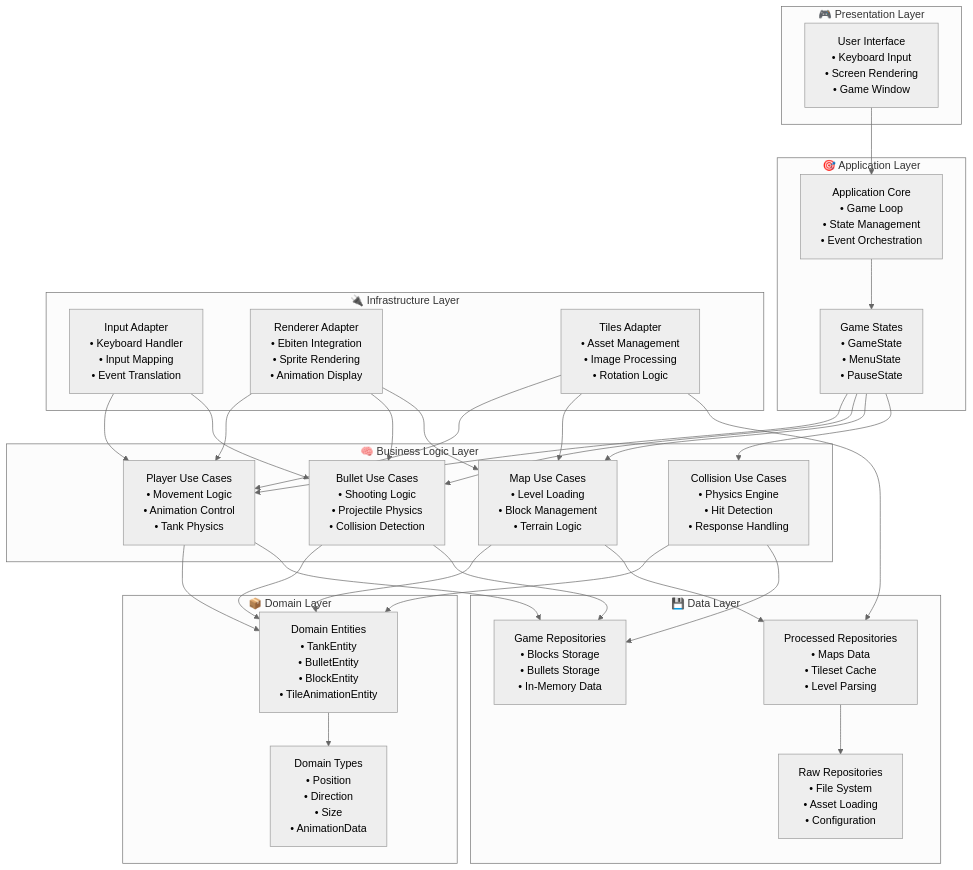
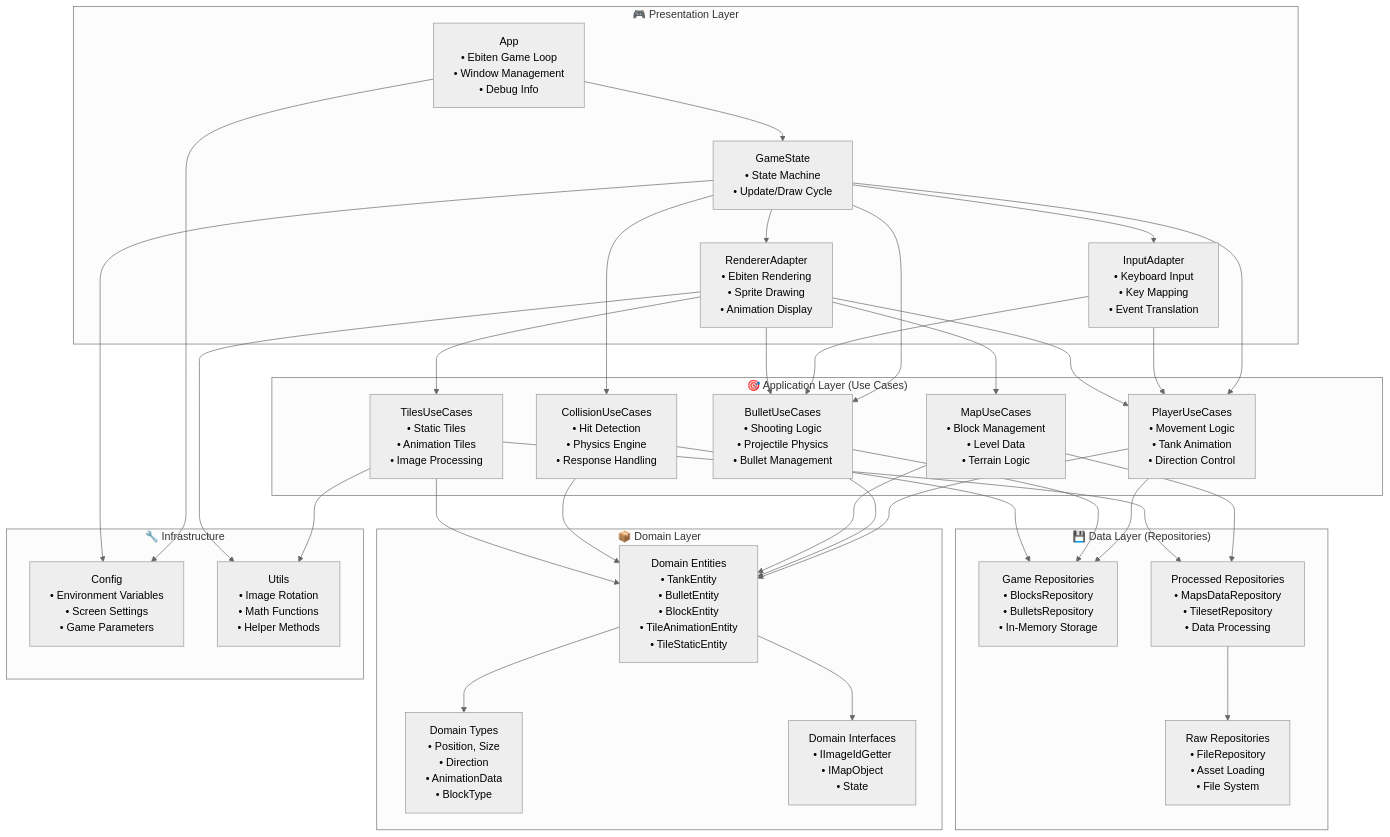
One commit to shpaker/tnk9x changed the diagram in README.md. Above: the diagram before and after it, drawn with Mermaid (neutral theme). The commit also changed 14 other files, not shown here.

````diff
--- a/README.md
+++ b/README.md
@@ -98,66 +98,76 @@
 ```mermaid
 graph TB
     subgraph "🎮 Presentation Layer"
-        UI[User Interface<br/>• Keyboard Input<br/>• Screen Rendering<br/>• Game Window]
+        App[App<br/>• Ebiten Game Loop<br/>• Window Management<br/>• Debug Info]
+        GameState[GameState<br/>• State Machine<br/>• Update/Draw Cycle]
+        InputAdapter[InputAdapter<br/>• Keyboard Input<br/>• Key Mapping<br/>• Event Translation]
+        RenderAdapter[RendererAdapter<br/>• Ebiten Rendering<br/>• Sprite Drawing<br/>• Animation Display]
     end
     
-    subgraph "🎯 Application Layer"
-        App[Application Core<br/>• Game Loop<br/>• State Management<br/>• Event Orchestration]
-        States[Game States<br/>• GameState<br/>• MenuState<br/>• PauseState]
-    end
-    
-    subgraph "🧠 Business Logic Layer"
-        PlayerUC[Player Use Cases<br/>• Movement Logic<br/>• Animation Control<br/>• Tank Physics]
-        BulletUC[Bullet Use Cases<br/>• Shooting Logic<br/>• Projectile Physics<br/>• Collision Detection]
-        MapUC[Map Use Cases<br/>• Level Loading<br/>• Block Management<br/>• Terrain Logic]
-        CollisionUC[Collision Use Cases<br/>• Physics Engine<br/>• Hit Detection<br/>• Response Handling]
-    end
-    
-    subgraph "🔌 Infrastructure Layer"
-        InputAdapter[Input Adapter<br/>• Keyboard Handler<br/>• Input Mapping<br/>• Event Translation]
-        RenderAdapter[Renderer Adapter<br/>• Ebiten Integration<br/>• Sprite Rendering<br/>• Animation Display]
-        TilesAdapter[Tiles Adapter<br/>• Asset Management<br/>• Image Processing<br/>• Rotation Logic]
-    end
-    
-    subgraph "💾 Data Layer"
-        GameRepos[Game Repositories<br/>• Blocks Storage<br/>• Bullets Storage<br/>• In-Memory Data]
-        ProcessedRepos[Processed Repositories<br/>• Maps Data<br/>• Tileset Cache<br/>• Level Parsing]
-        RawRepos[Raw Repositories<br/>• File System<br/>• Asset Loading<br/>• Configuration]
+    subgraph "🎯 Application Layer (Use Cases)"
+        PlayerUC[PlayerUseCases<br/>• Movement Logic<br/>• Tank Animation<br/>• Direction Control]
+        BulletUC[BulletUseCases<br/>• Shooting Logic<br/>• Projectile Physics<br/>• Bullet Management]
+        MapUC[MapUseCases<br/>• Block Management<br/>• Level Data<br/>• Terrain Logic]
+        CollisionUC[CollisionUseCases<br/>• Hit Detection<br/>• Physics Engine<br/>• Response Handling]
+        TilesUC[TilesUseCases<br/>• Static Tiles<br/>• Animation Tiles<br/>• Image Processing]
     end
     
     subgraph "📦 Domain Layer"
-        Entities[Domain Entities<br/>• TankEntity<br/>• BulletEntity<br/>• BlockEntity<br/>• TileAnimationEntity]
-        Types[Domain Types<br/>• Position<br/>• Direction<br/>• Size<br/>• AnimationData]
+        Entities[Domain Entities<br/>• TankEntity<br/>• BulletEntity<br/>• BlockEntity<br/>• TileAnimationEntity<br/>• TileStaticEntity]
+        Types[Domain Types<br/>• Position, Size<br/>• Direction<br/>• AnimationData<br/>• BlockType]
+        Interfaces[Domain Interfaces<br/>• IImageIdGetter<br/>• IMapObject<br/>• State]
     end
     
-    %% Connections
-    UI --> App
-    App --> States
-    States --> PlayerUC
-    States --> BulletUC
-    States --> MapUC
-    States --> CollisionUC
+    subgraph "💾 Data Layer (Repositories)"
+        GameRepos[Game Repositories<br/>• BlocksRepository<br/>• BulletsRepository<br/>• In-Memory Storage]
+        ProcessedRepos[Processed Repositories<br/>• MapsDataRepository<br/>• TilesetRepository<br/>• Data Processing]
+        RawRepos[Raw Repositories<br/>• FileRepository<br/>• Asset Loading<br/>• File System]
+    end
     
-    PlayerUC --> Entities
-    BulletUC --> Entities
-    MapUC --> Entities
-    CollisionUC --> Entities
+    subgraph "🔧 Infrastructure"
+        Config[Config<br/>• Environment Variables<br/>• Screen Settings<br/>• Game Parameters]
+        Utils[Utils<br/>• Image Rotation<br/>• Math Functions<br/>• Helper Methods]
+    end
     
+    %% Main Flow
+    App --> GameState
+    GameState --> InputAdapter
+    GameState --> RenderAdapter
+    GameState --> PlayerUC
+    GameState --> BulletUC
+    GameState --> CollisionUC
+    
+    %% Use Cases Dependencies
     InputAdapter --> PlayerUC
     InputAdapter --> BulletUC
     RenderAdapter --> PlayerUC
     RenderAdapter --> BulletUC
     RenderAdapter --> MapUC
-    TilesAdapter --> PlayerUC
-    TilesAdapter --> MapUC
+    RenderAdapter --> TilesUC
     
+    %% Domain Dependencies
+    PlayerUC --> Entities
+    BulletUC --> Entities
+    MapUC --> Entities
+    CollisionUC --> Entities
+    TilesUC --> Entities
+    Entities --> Types
+    Entities --> Interfaces
+    
+    %% Repository Dependencies
     PlayerUC --> GameRepos
     BulletUC --> GameRepos
     MapUC --> ProcessedRepos
     CollisionUC --> GameRepos
+    TilesUC --> ProcessedRepos
+    ProcessedRepos --> RawRepos
     
-    ProcessedRepos --> RawRepos
-    TilesAdapter --> ProcessedRepos
+    %% Configuration
+    App --> Config
+    GameState --> Config
     
-    Entities --> Types
+    %% Utilities
+    TilesUC --> Utils
+    RenderAdapter --> Utils
+    
 ```
````
